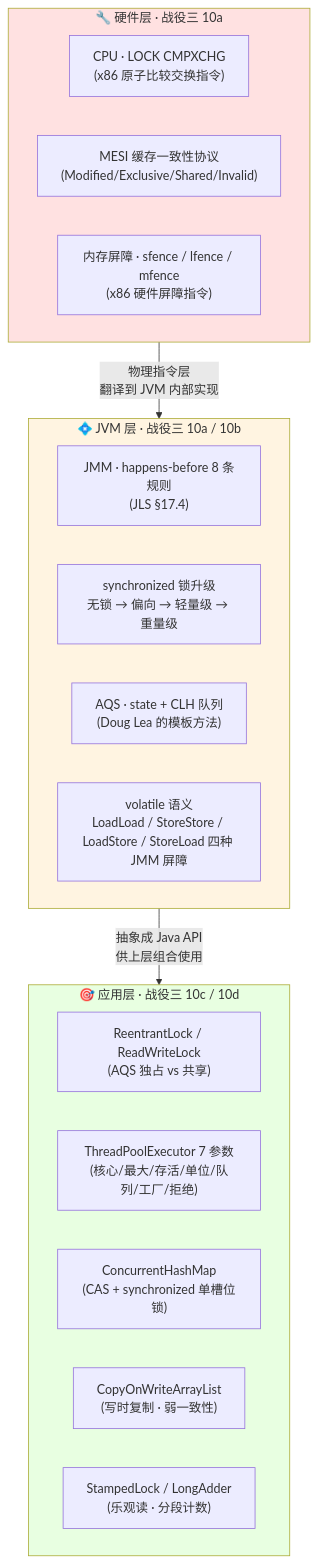
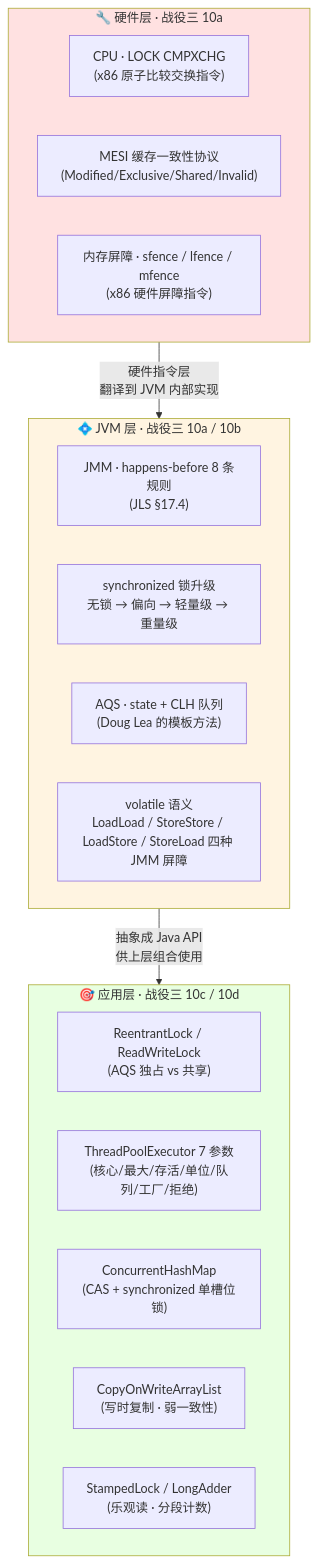
One commit to b1tzer/b1tzer.github.io changed the second of 4 diagrams in docs/01-java-basic/10-并发编程综览：战役三 · 从硬件事实到组合运用的四层下沉.md. Above: the diagram before and after it, drawn with Mermaid. The commit also changed other lines of this file and 22 other files, not shown here.

````diff
--- a/docs/01-java-basic/10-并发编程综览：战役三 · 从硬件事实到组合运用的四层下沉.md
+++ b/docs/01-java-basic/10-并发编程综览：战役三 · 从硬件事实到组合运用的四层下沉.md
@@ -76,30 +76,30 @@
 ```mermaid
 flowchart TB
     subgraph HW["🔧 硬件层 · 战役三 10a"]
         H1["CPU · LOCK CMPXCHG<br/>(x86 原子比较交换指令)"]
         H2["MESI 缓存一致性协议<br/>(Modified/Exclusive/Shared/Invalid)"]
         H3["内存屏障 · sfence / lfence / mfence<br/>(x86 硬件屏障指令)"]
     end
 
     subgraph JVM["💠 JVM 层 · 战役三 10a / 10b"]
         J1["JMM · happens-before 8 条规则<br/>(JLS §17.4)"]
         J2["synchronized 锁升级<br/>无锁 → 偏向 → 轻量级 → 重量级"]
         J3["AQS · state + CLH 队列<br/>(Doug Lea 的模板方法)"]
         J4["volatile 语义<br/>LoadLoad / StoreStore / LoadStore / StoreLoad 四种 JMM 屏障"]
     end
 
     subgraph APP["🎯 应用层 · 战役三 10c / 10d"]
         A1["ReentrantLock / ReadWriteLock<br/>(AQS 独占 vs 共享)"]
         A2["ThreadPoolExecutor 7 参数<br/>(核心/最大/存活/单位/队列/工厂/拒绝)"]
         A3["ConcurrentHashMap<br/>(CAS + synchronized 单槽位锁)"]
         A4["CopyOnWriteArrayList<br/>(写时复制 · 弱一致性)"]
         A5["StampedLock / LongAdder<br/>(乐观读 · 分段计数)"]
     end
 
-    HW -->|"物理指令层<br/>翻译到 JVM 内部实现"| JVM
+    HW -->|"硬件指令层<br/>翻译到 JVM 内部实现"| JVM
     JVM -->|"抽象成 Java API<br/>供上层组合使用"| APP
 
     style HW fill:#ffe1e1
     style JVM fill:#fff4e1
     style APP fill:#e8ffe1
 ```
````
